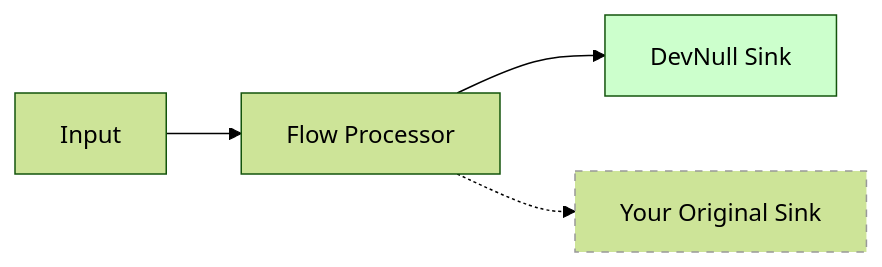
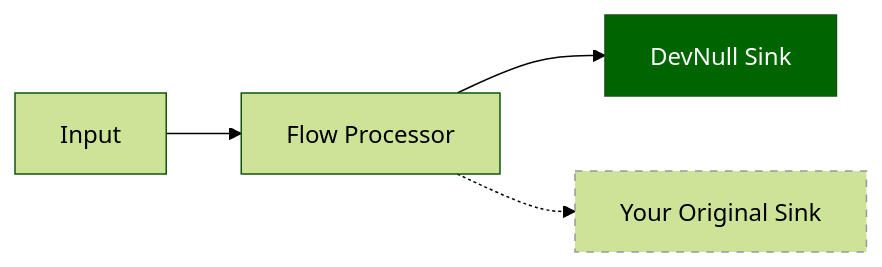
Before and after one commit to layline-io/layline-doc: the fourth of 4 diagrams in docs/troubleshooting/workflow-issues.md, drawn with Mermaid (forest theme). The commit also changed other lines of this file, not shown here.

First line of the commit message:
Fix Mermaid diagram colors for dark background compatibility

````diff
--- a/docs/troubleshooting/workflow-issues.md
+++ b/docs/troubleshooting/workflow-issues.md
@@ -168,8 +168,8 @@
 ```mermaid
 graph LR
     A[Input] --> B[Flow Processor]
     B --> C[DevNull Sink]
     B -.-> D[Your Original Sink]
-    style C fill:#ccffcc
+    style C fill:#006400,color:#fff
     style D stroke:#999,stroke-dasharray: 5 5
 ```
````
